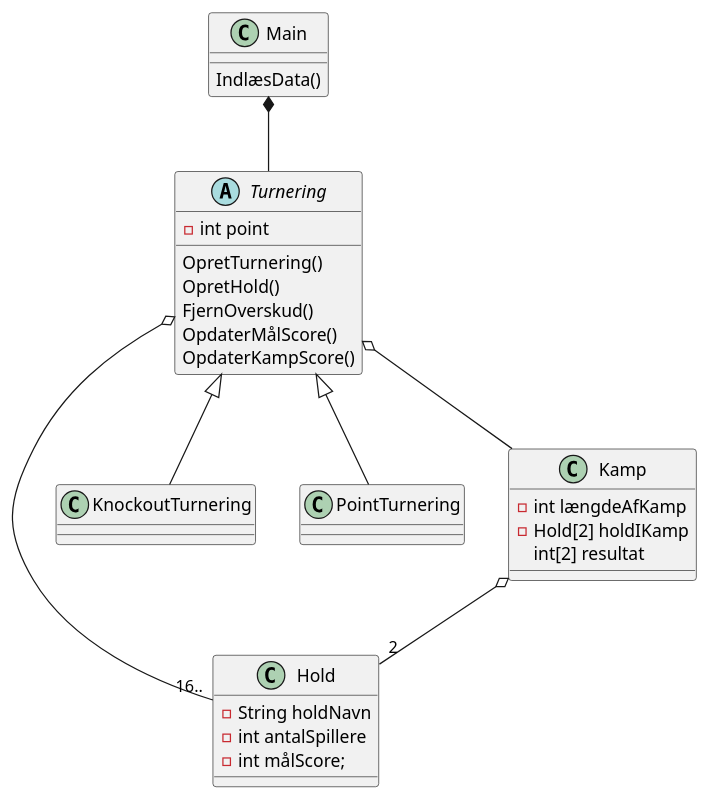
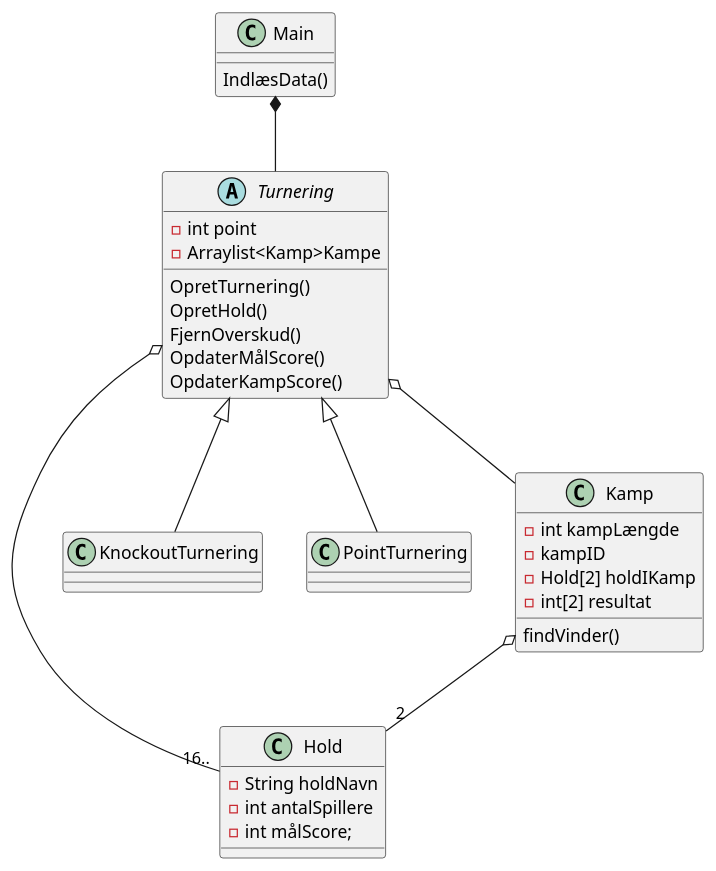
Before and after one commit to Datamatiker-A3/SP3: the diagram in SP3/src/com/company/Klassediagram.puml, drawn with PlantUML.

Commit message:
Tilføjet attributter og metoder til klassediagrammet

```diff
--- a/SP3/src/com/company/Klassediagram.puml
+++ b/SP3/src/com/company/Klassediagram.puml
@@ -1,48 +1,52 @@
 @startuml
 'https://plantuml.com/class-diagram
 
 abstract class Turnering
 class Main
 class Hold
 class KnockoutTurnering
 class PointTurnering
 class Kamp
 
 Main *-- Turnering
 Turnering <|-- KnockoutTurnering
 Turnering<|-- PointTurnering
 Turnering o-- "16.." Hold
 Turnering o-- Kamp
 Kamp o-- "2" Hold
 
 
 class Main {
 IndlæsData()
 }
 class Kamp{
-- int længdeAfKamp
+- int kampLængde
+- kampID
 - Hold[2] holdIKamp
-int[2] resultat
+- int[2] resultat
+findVinder()
 }
 
 class Hold{
 -String holdNavn
 -int antalSpillere
 - int målScore;
 
 }
 abstract class Turnering{
 -int point
+-Arraylist<Kamp>Kampe
 OpretTurnering()
 OpretHold()
 FjernOverskud()
 OpdaterMålScore()
 OpdaterKampScore()
 }
 class KnockoutTurnering{
+
 }
 class PointTurnering{
 }
 
 
 @enduml
```
